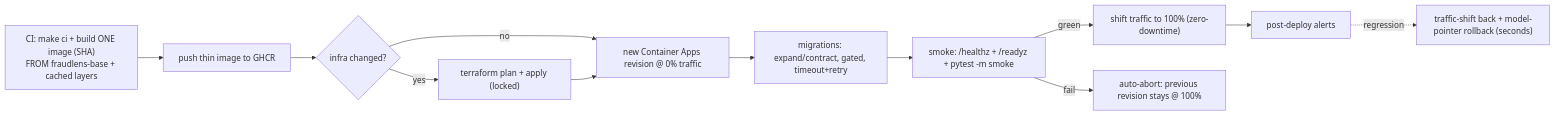
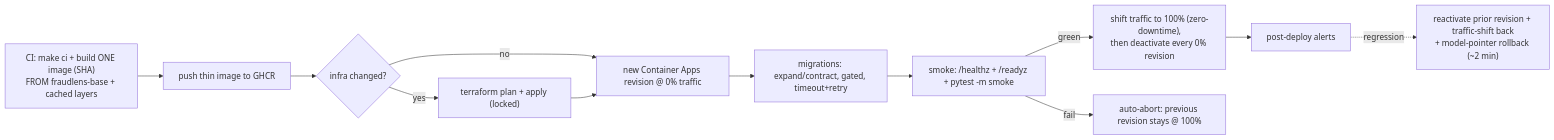
One commit to Kartik-Hirijaganer/FraudLens changed the second of 2 diagrams in docs/runbooks/azure-deploy.md. Above: the diagram before and after it, drawn with Mermaid. The commit also changed other lines of this file and 12 other files, not shown here.

````diff
--- a/docs/runbooks/azure-deploy.md
+++ b/docs/runbooks/azure-deploy.md
@@ -69,14 +69,14 @@
 ```mermaid
 flowchart LR
     CI["CI: make ci + build ONE image (SHA)<br/>FROM fraudlens-base + cached layers"] --> PUSH["push thin image to GHCR"]
     PUSH --> INFRA{infra changed?}
     INFRA -->|yes| TF["terraform plan + apply (locked)"]
     INFRA -->|no| REV
     TF --> REV["new Container Apps revision @ 0% traffic"]
     REV --> MIG["migrations: expand/contract, gated, timeout+retry"]
     MIG --> SMOKE["smoke: /healthz + /readyz + pytest -m smoke"]
-    SMOKE -->|green| PROMOTE["shift traffic to 100% (zero-downtime)"]
+    SMOKE -->|green| PROMOTE["shift traffic to 100% (zero-downtime),<br/>then deactivate every 0% revision"]
     SMOKE -->|fail| ABORT["auto-abort: previous revision stays @ 100%"]
     PROMOTE --> WATCH["post-deploy alerts"]
-    WATCH -.regression.-> ROLLBACK["traffic-shift back + model-pointer rollback (seconds)"]
+    WATCH -.regression.-> ROLLBACK["reactivate prior revision + traffic-shift back<br/>+ model-pointer rollback (~2 min)"]
 ```
````
